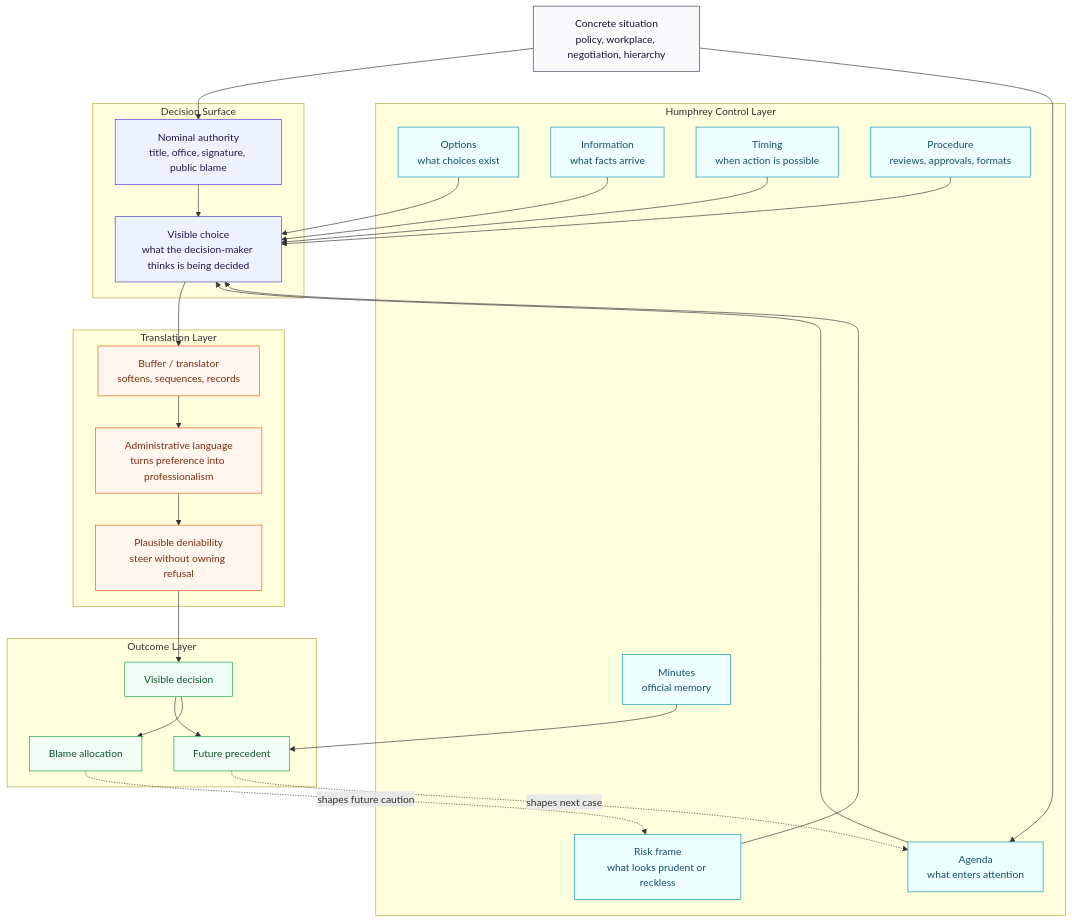
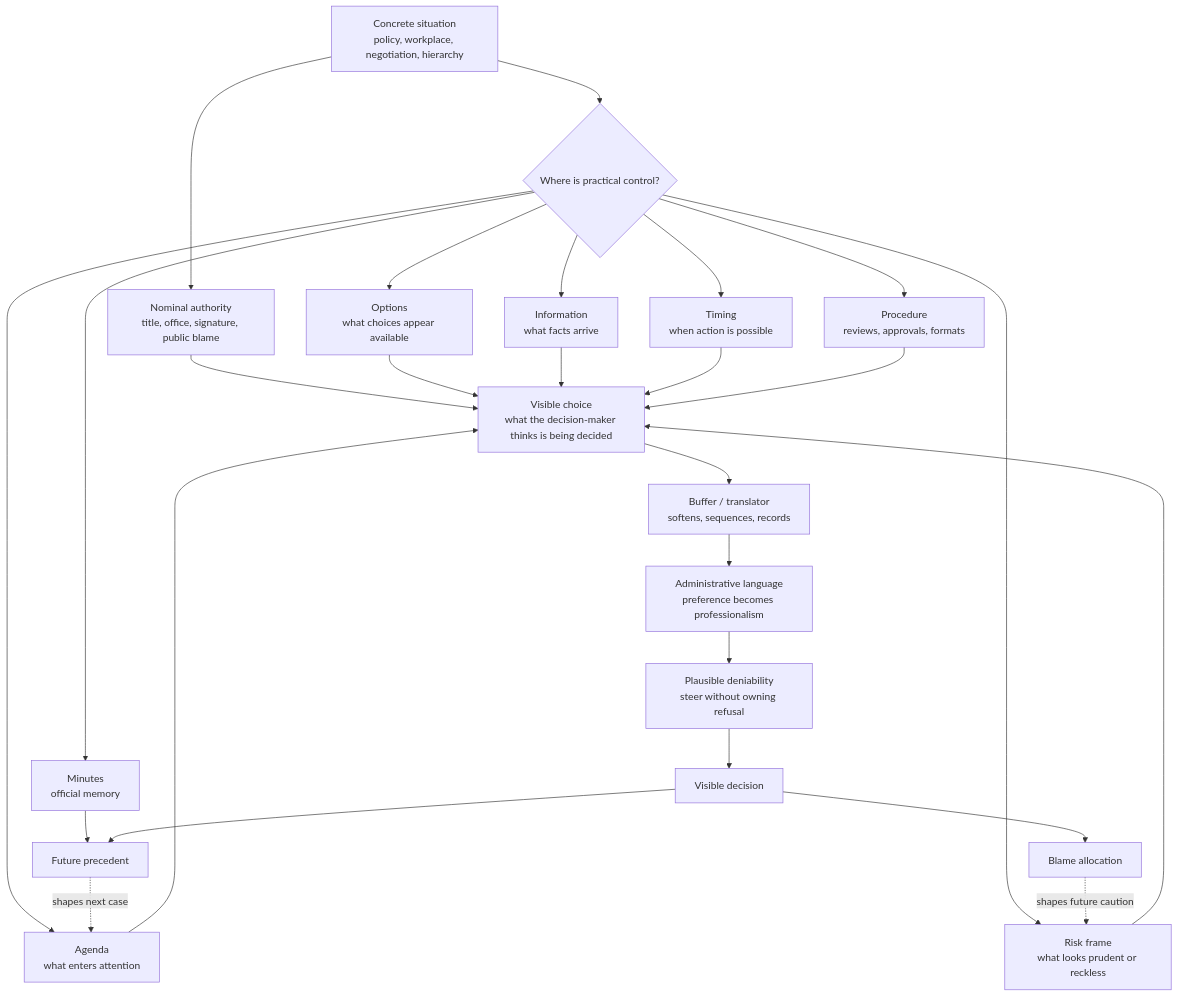
Before and after one commit to Mingfius-Song/GCMG-ladder_to_apotheosis-skill: the third of 8 diagrams in README.md, drawn with Mermaid. The commit also changed other lines of this file, not shown here.

Commit message:
Simplify internal architecture diagrams

````diff
--- a/README.md
+++ b/README.md
@@ -148,56 +148,33 @@
 ```mermaid
-flowchart TB
-    Situation["Concrete situation<br/>policy, workplace, negotiation, hierarchy"]:::input
+flowchart TD
+    S["Concrete situation<br/>policy, workplace, negotiation, hierarchy"] --> FP["Nominal authority<br/>title, office, signature, public blame"]
+    S --> C{"Where is practical control?"}
 
-    subgraph Surface["Decision Surface"]
-        FormalPower["Nominal authority<br/>title, office, signature, public blame"]:::surface
-        VisibleChoice["Visible choice<br/>what the decision-maker thinks is being decided"]:::surface
-    end
+    C --> A["Agenda<br/>what enters attention"]
+    C --> O["Options<br/>what choices appear available"]
+    C --> I["Information<br/>what facts arrive"]
+    C --> T["Timing<br/>when action is possible"]
+    C --> P["Procedure<br/>reviews, approvals, formats"]
+    C --> R["Risk frame<br/>what looks prudent or reckless"]
+    C --> M["Minutes<br/>official memory"]
 
-    subgraph Control["Humphrey Control Layer"]
-        Agenda["Agenda<br/>what enters attention"]:::lever
-        Options["Options<br/>what choices exist"]:::lever
-        Information["Information<br/>what facts arrive"]:::lever
-        Timing["Timing<br/>when action is possible"]:::lever
-        Procedure["Procedure<br/>reviews, approvals, formats"]:::lever
-        Risk["Risk frame<br/>what looks prudent or reckless"]:::lever
-        Minutes["Minutes<br/>official memory"]:::lever
-    end
+    FP --> VC["Visible choice<br/>what the decision-maker thinks is being decided"]
+    A --> VC
+    O --> VC
+    I --> VC
+    T --> VC
+    P --> VC
+    R --> VC
 
-    subgraph Translation["Translation Layer"]
-        Bernard["Buffer / translator<br/>softens, sequences, records"]:::translator
-        Language["Administrative language<br/>turns preference into professionalism"]:::translator
-        Deniability["Plausible deniability<br/>steer without owning refusal"]:::translator
-    end
+    VC --> B["Buffer / translator<br/>softens, sequences, records"]
+    B --> L["Administrative language<br/>preference becomes professionalism"]
+    L --> D["Plausible deniability<br/>steer without owning refusal"]
+    D --> OUT["Visible decision"]
 
-    subgraph Output["Outcome Layer"]
-        Decision["Visible decision"]:::output
-        Precedent["Future precedent"]:::output
-        Blame["Blame allocation"]:::output
-    end
+    M --> PR["Future precedent"]
+    OUT --> PR
+    OUT --> BL["Blame allocation"]
 
-    Situation --> FormalPower
-    Situation --> Agenda
-    FormalPower --> VisibleChoice
-    Agenda --> VisibleChoice
-    Options --> VisibleChoice
-    Information --> VisibleChoice
-    Timing --> VisibleChoice
-    Procedure --> VisibleChoice
-    Risk --> VisibleChoice
-    Minutes --> Precedent
-    VisibleChoice --> Bernard
-    Bernard --> Language
-    Language --> Deniability
-    Deniability --> Decision
-    Decision --> Precedent
-    Decision --> Blame
-    Precedent -.shapes next case.-> Agenda
-    Blame -.shapes future caution.-> Risk
-
-    classDef input fill:#f8fafc,stroke:#334155,stroke-width:1px,color:#0f172a
-    classDef surface fill:#eef2ff,stroke:#4338ca,stroke-width:1px,color:#1e1b4b
-    classDef lever fill:#ecfeff,stroke:#0891b2,stroke-width:1px,color:#164e63
-    classDef translator fill:#fff7ed,stroke:#ea580c,stroke-width:1px,color:#7c2d12
-    classDef output fill:#f0fdf4,stroke:#16a34a,stroke-width:1px,color:#14532d
+    PR -.shapes next case.-> A
+    BL -.shapes future caution.-> R
 ```
````
